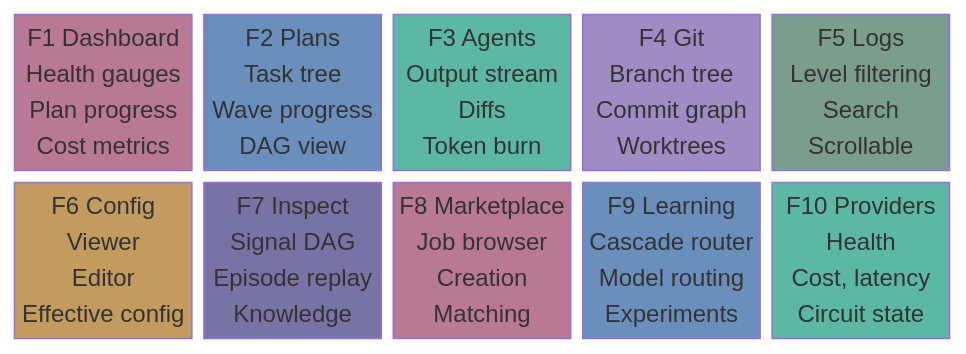
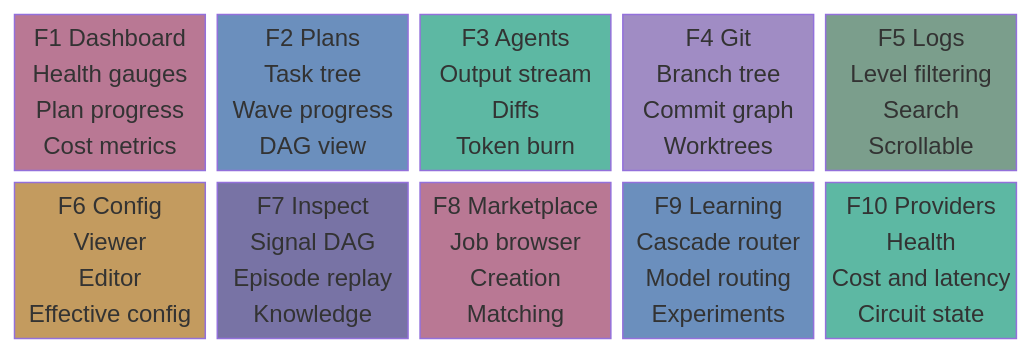
Before and after one commit to wpank/roko: the first of 3 diagrams in docs/v3/25-TUI.md, drawn with Mermaid. The commit also changed 3 other files, not shown here.

````diff
--- a/docs/v3/25-TUI.md
+++ b/docs/v3/25-TUI.md
@@ -45,25 +45,25 @@
 ```mermaid
 block-beta
     columns 5
     F1["F1 Dashboard\nHealth gauges\nPlan progress\nCost metrics"]:1
     F2["F2 Plans\nTask tree\nWave progress\nDAG view"]:1
     F3["F3 Agents\nOutput stream\nDiffs\nToken burn"]:1
     F4["F4 Git\nBranch tree\nCommit graph\nWorktrees"]:1
     F5["F5 Logs\nLevel filtering\nSearch\nScrollable"]:1
     F6["F6 Config\nViewer\nEditor\nEffective config"]:1
     F7["F7 Inspect\nSignal DAG\nEpisode replay\nKnowledge"]:1
     F8["F8 Marketplace\nJob browser\nCreation\nMatching"]:1
     F9["F9 Learning\nCascade router\nModel routing\nExperiments"]:1
-    F10["F10 Providers\nHealth\nCost, latency\nCircuit state"]:1
+    F10["F10 Providers\nHealth\nCost and latency\nCircuit state"]:1
 
     style F1 fill:#b97894,color:#fff
     style F2 fill:#6b8fbd,color:#fff
     style F3 fill:#5db8a3,color:#fff
     style F4 fill:#a08cc4,color:#fff
     style F5 fill:#7b9e8c,color:#fff
     style F6 fill:#c39b5f,color:#fff
     style F7 fill:#7873a5,color:#fff
     style F8 fill:#b97894,color:#fff
     style F9 fill:#6b8fbd,color:#fff
     style F10 fill:#5db8a3,color:#fff
 ```
````
